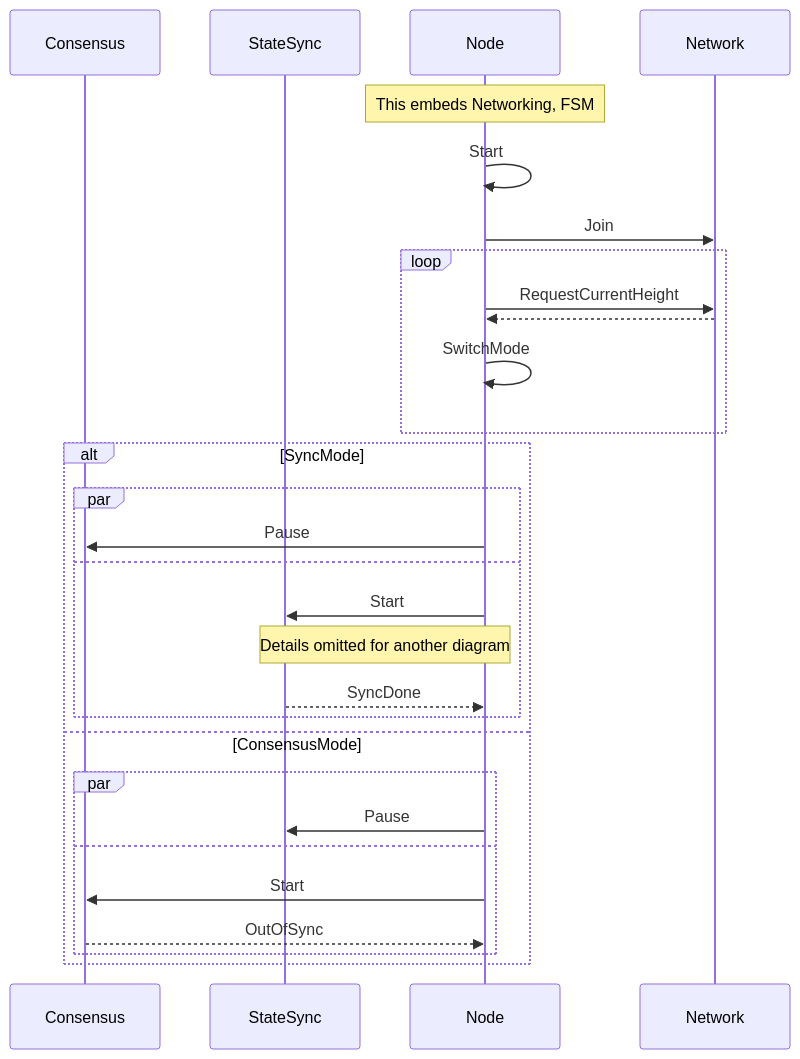
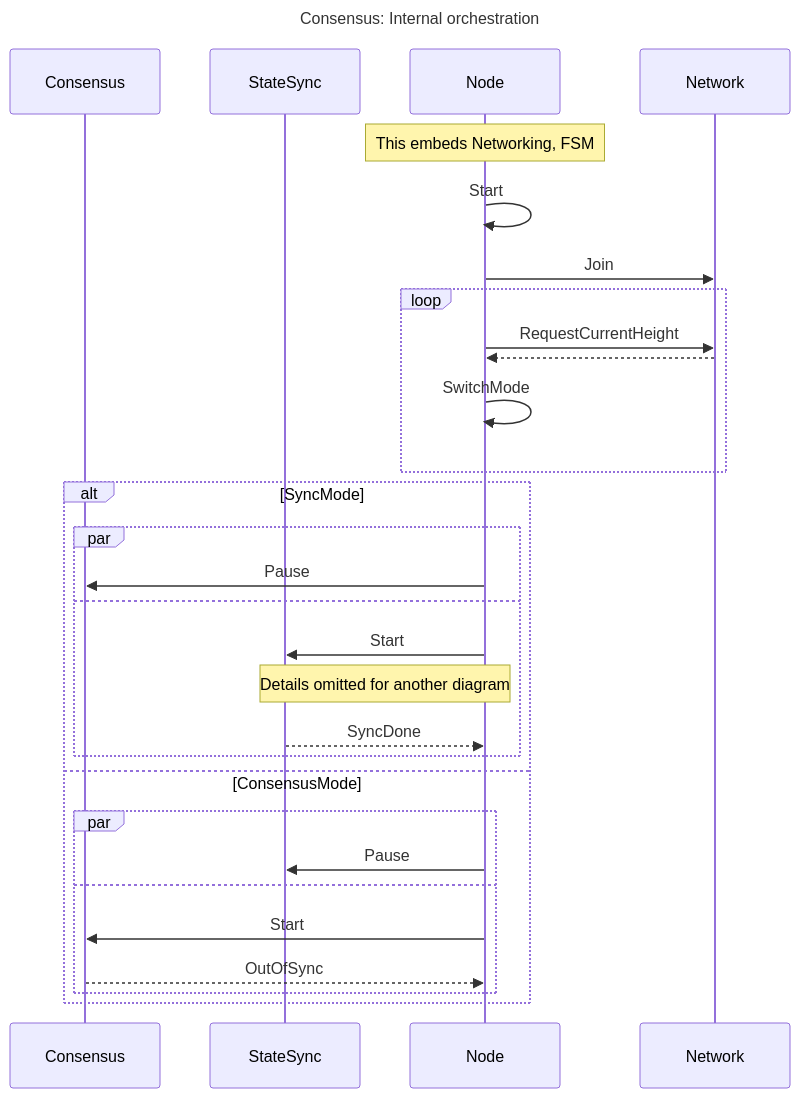
Before and after one commit to pokt-network/pocket: the fifth of 9 diagrams in consensus/README.md, drawn with Mermaid. The commit also changed other lines of this file, not shown here.

````diff
--- a/consensus/README.md
+++ b/consensus/README.md
@@ -151,31 +161,35 @@
 ```mermaid
 sequenceDiagram
-participant Consensus
-participant StateSync
-Note over Node: This embeds Networking, FSM
-participant Node
-participant Network
-Node->>Node:Start
-Node->>Network:Join
-loop
-  Node->>Network:RequestCurrentHeight
-  Network-->>Node: 
-  Node->>Node:SwitchMode
-end
-alt SyncMode
-  par
-    Node->>Consensus:Pause
-  and
-    Node->>StateSync:Start
-    Note over Node,StateSync: Details omitted for another diagram
-    StateSync-->>Node:SyncDone
+  title: Consensus: Internal orchestration
+
+  participant Consensus
+  participant StateSync
+  Note over Node: This embeds Networking, FSM
+  participant Node
+  participant Network
+
+  Node->>Node:Start
+  Node->>Network:Join
+  loop
+    Node->>Network:RequestCurrentHeight
+    Network-->>Node: 
+    Node->>Node:SwitchMode
   end
-else ConsensusMode
-  par
-    Node->>StateSync:Pause
-  and
-    Node->>Consensus:Start
-    Consensus-->>Node:OutOfSync
+
+  alt SyncMode
+    par
+      Node->>Consensus:Pause
+    and
+      Node->>StateSync:Start
+      Note over Node,StateSync: Details omitted for another diagram
+      StateSync-->>Node:SyncDone
+    end
+  else ConsensusMode
+    par
+      Node->>StateSync:Pause
+    and
+      Node->>Consensus:Start
+      Consensus-->>Node:OutOfSync
+    end
   end
-end
 ```
````
